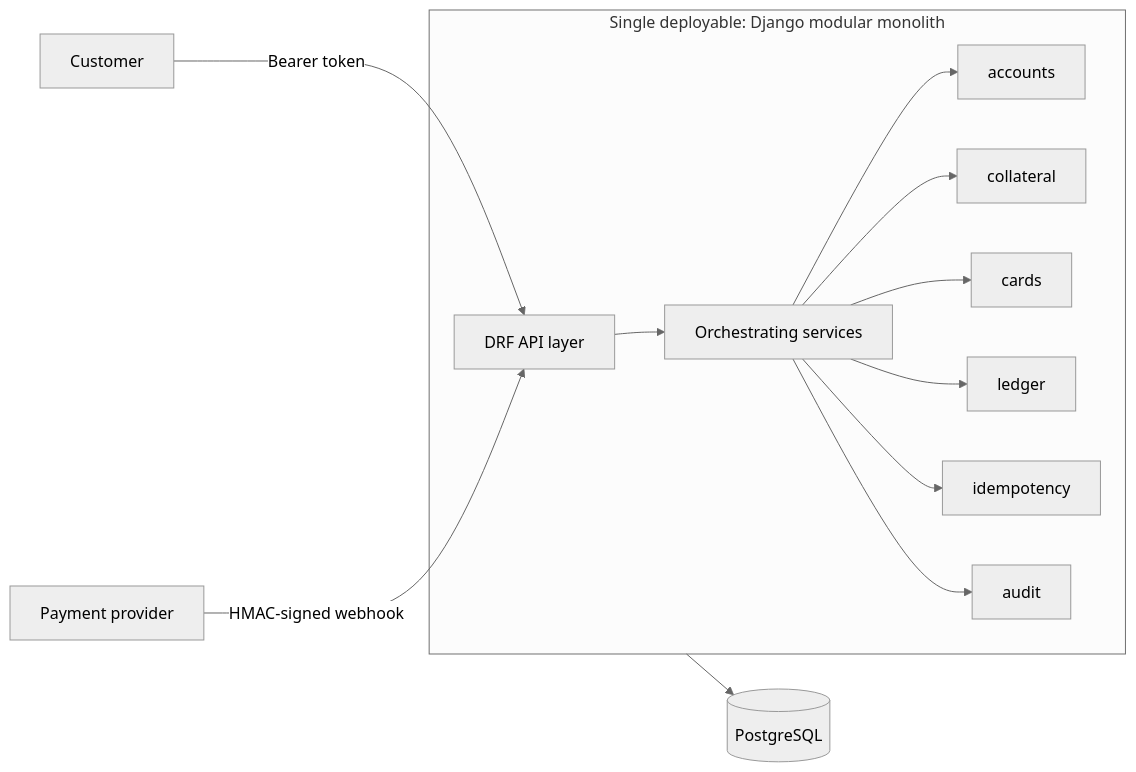
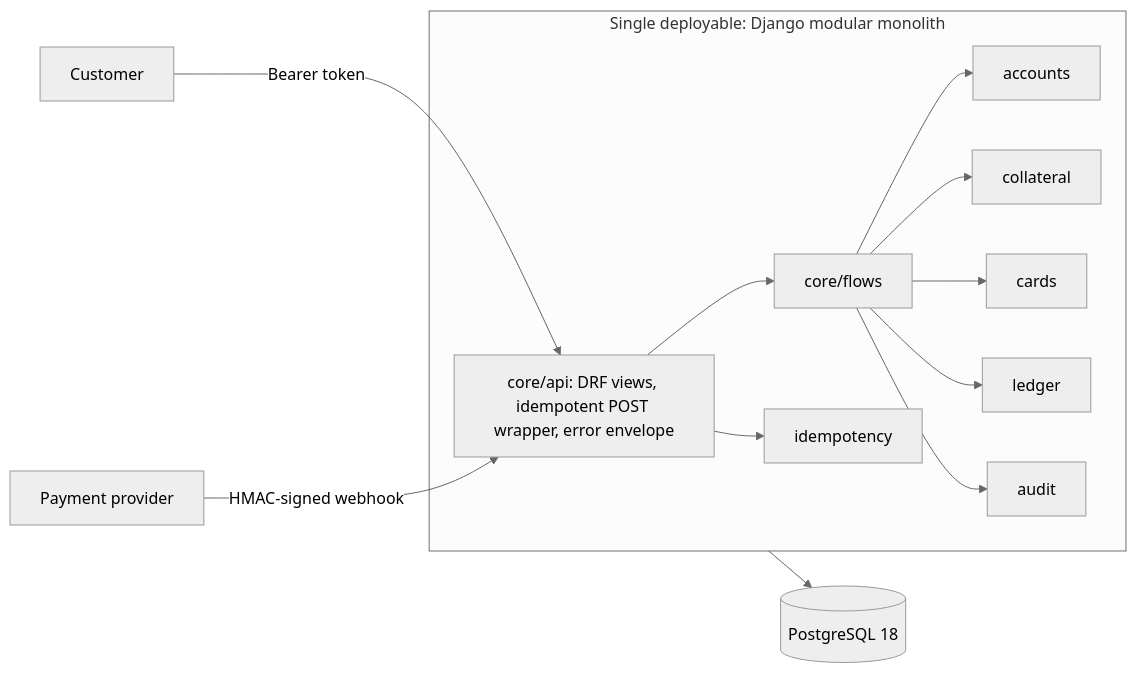
The first of 4 diagrams in docs/methodology/architecture.md (gustavop-dev/prueba_tecnica_beloz), drawn with Mermaid (neutral theme) before and after one commit. The commit also changed other lines of this file and 39 other files, not shown here.

First line of the commit message:
DOCS: F5 documentation, architecture ADRs and AWS Terraform (#7)

````diff
--- a/docs/methodology/architecture.md
+++ b/docs/methodology/architecture.md
@@ -7,15 +7,15 @@
 ```mermaid
 flowchart LR
     C[Customer] -- Bearer token --> API
     P[Payment provider] -- HMAC-signed webhook --> API
     subgraph Service[Single deployable: Django modular monolith]
-        API[DRF API layer] --> SVC[Orchestrating services]
-        SVC --> accounts
-        SVC --> collateral
-        SVC --> cards
-        SVC --> ledger
-        SVC --> idempotency
-        SVC --> audit
+        API[core/api: DRF views, idempotent POST wrapper, error envelope] --> FLOWS[core/flows]
+        FLOWS --> accounts
+        FLOWS --> collateral
+        FLOWS --> cards
+        FLOWS --> ledger
+        FLOWS --> audit
+        API --> idempotency
     end
-    Service --> DB[(PostgreSQL)]
+    Service --> DB[(PostgreSQL 18)]
 ```
````
